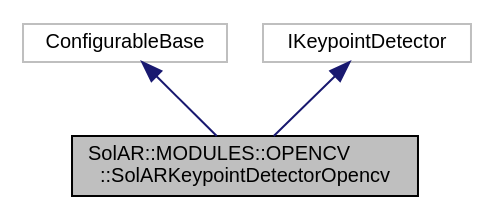
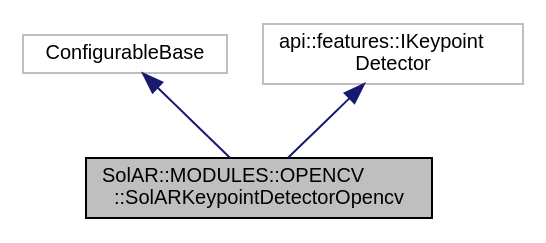
The diagram in api_module_documentation/class_sol_a_r_1_1_m_o_d_u_l_e_s_1_1_o_p_e_n_c_v_1_1_sol_a_r_keypoint_detector_opencv__inherit__graph.dot (SolarFramework/solarframework.github.io), drawn with Graphviz before and after one commit. The commit also changed 412 other files, not shown here.

```diff
--- a/api_module_documentation/class_sol_a_r_1_1_m_o_d_u_l_e_s_1_1_o_p_e_n_c_v_1_1_sol_a_r_keypoint_detector_opencv__inherit__graph.dot
+++ b/api_module_documentation/class_sol_a_r_1_1_m_o_d_u_l_e_s_1_1_o_p_e_n_c_v_1_1_sol_a_r_keypoint_detector_opencv__inherit__graph.dot
@@ -1,10 +1,10 @@
 digraph "SolAR::MODULES::OPENCV::SolARKeypointDetectorOpencv"
 {
   edge [fontname="Helvetica",fontsize="10",labelfontname="Helvetica",labelfontsize="10"];
   node [fontname="Helvetica",fontsize="10",shape=record];
   Node0 [label="SolAR::MODULES::OPENCV\l::SolARKeypointDetectorOpencv",height=0.2,width=0.4,color="black", fillcolor="grey75", style="filled", fontcolor="black"];
   Node1 -> Node0 [dir="back",color="midnightblue",fontsize="10",style="solid",fontname="Helvetica"];
   Node1 [label="ConfigurableBase",height=0.2,width=0.4,color="grey75", fillcolor="white", style="filled"];
   Node2 -> Node0 [dir="back",color="midnightblue",fontsize="10",style="solid",fontname="Helvetica"];
-  Node2 [label="IKeypointDetector",height=0.2,width=0.4,color="grey75", fillcolor="white", style="filled"];
+  Node2 [label="api::features::IKeypoint\lDetector",height=0.2,width=0.4,color="grey75", fillcolor="white", style="filled"];
 }
```
